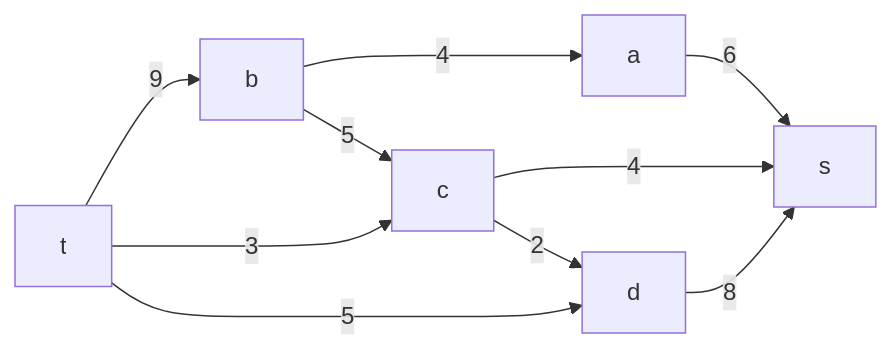
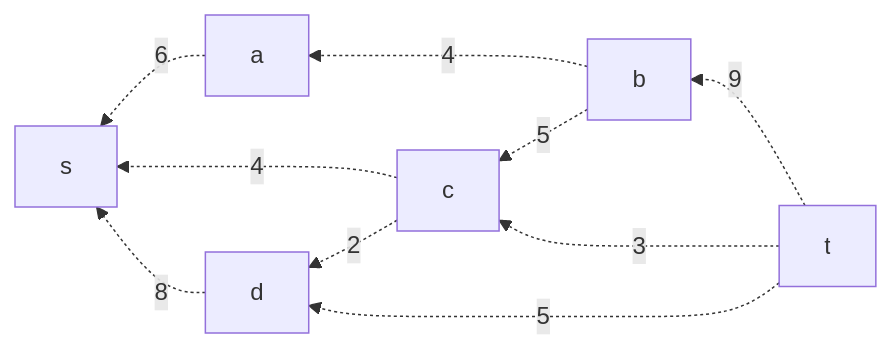
Before and after one commit to hse-algo-24-owl/manual-tasks-owl: the second of 11 diagrams in task-9/catsVSalgos_V2.md, drawn with Mermaid. The commit also changed other lines of this file, not shown here.

````diff
--- a/task-9/catsVSalgos_V2.md
+++ b/task-9/catsVSalgos_V2.md
@@ -45,12 +24,12 @@
 ```mermaid
-graph LR
-    t-->|9|b
-    t-->|3|c
-    t-->|5|d
-    b-->|4|a
-    b-->|5|c
-    c-->|4|s
-    c-->|2|d
-    d-->|8|s
-    a-->|6|s
+graph RL
+    a-.->|6|s
+    c-.->|4|s
+    d-.->|8|s
+    b-.->|4|a
+    b-.->|5|c
+    c-.->|2|d
+    t-.->|9|b
+    t-.->|3|c
+    t-.->|5|d
 ```
````
